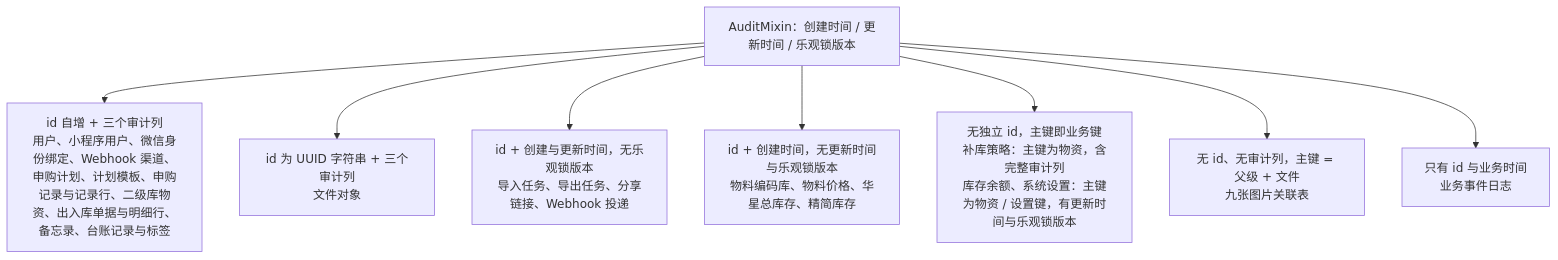
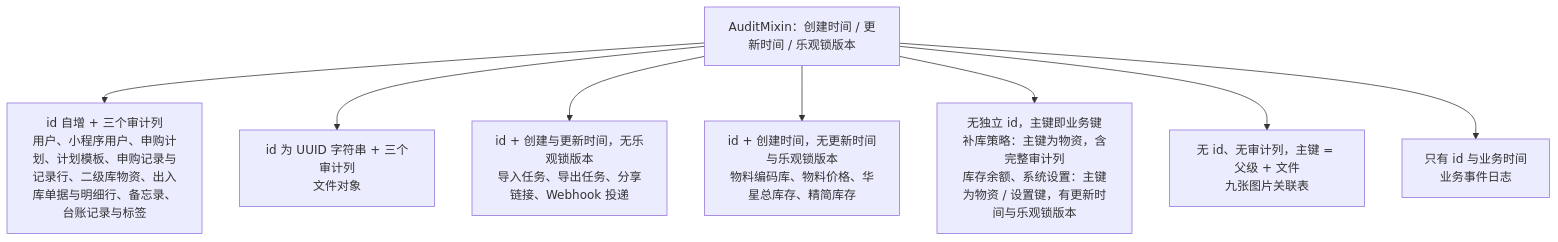
One commit to Sakana-1314/Electrical-Manager changed the third of 21 diagrams in docs/websites/pages/dev-data-model.md. Above: the diagram before and after it, drawn with Mermaid. The commit also changed other lines of this file and 74 other files, not shown here.

````diff
--- a/docs/websites/pages/dev-data-model.md
+++ b/docs/websites/pages/dev-data-model.md
@@ -90,11 +90,11 @@
 ```mermaid
 flowchart TD
     M["AuditMixin：创建时间 / 更新时间 / 乐观锁版本"]
-    M --> A["id 自增 + 三个审计列<br/>用户、小程序用户、微信身份绑定、Webhook 渠道、申购计划、计划模板、申购记录与记录行、二级库物资、出入库单据与明细行、备忘录、台账记录与标签"]
+    M --> A["id 自增 + 三个审计列<br/>用户、小程序用户、申购计划、计划模板、申购记录与记录行、二级库物资、出入库单据与明细行、备忘录、台账记录与标签"]
     M --> B["id 为 UUID 字符串 + 三个审计列<br/>文件对象"]
     M --> C["id + 创建与更新时间，无乐观锁版本<br/>导入任务、导出任务、分享链接、Webhook 投递"]
     M --> D["id + 创建时间，无更新时间与乐观锁版本<br/>物料编码库、物料价格、华星总库存、精简库存"]
     M --> E["无独立 id，主键即业务键<br/>补库策略：主键为物资，含完整审计列<br/>库存余额、系统设置：主键为物资 / 设置键，有更新时间与乐观锁版本"]
     M --> F["无 id、无审计列，主键 = 父级 + 文件<br/>九张图片关联表"]
     M --> G["只有 id 与业务时间<br/>业务事件日志"]
 ```
````
